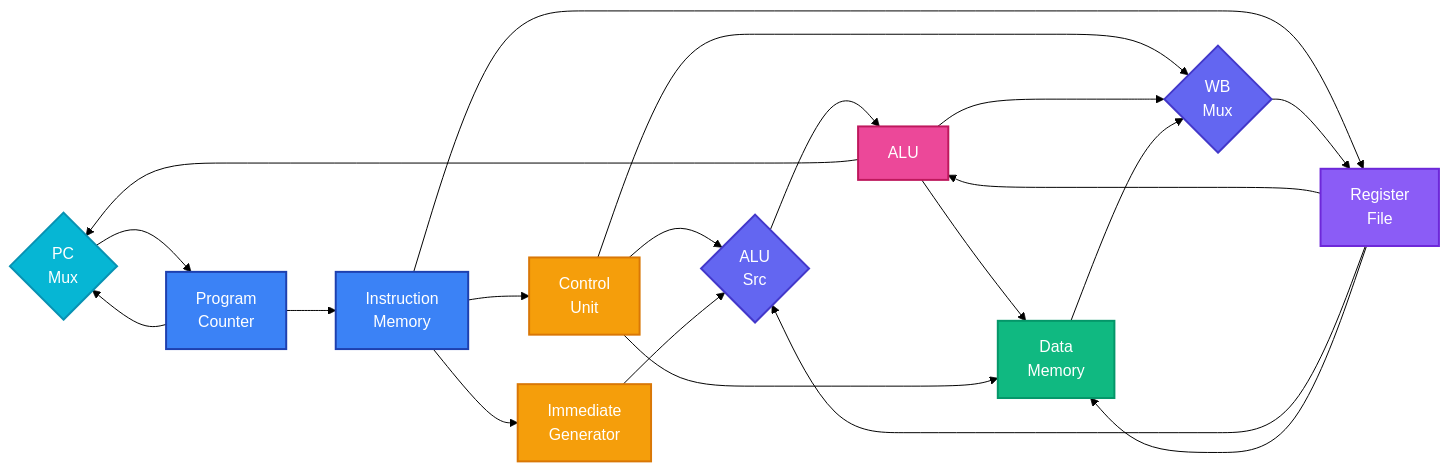
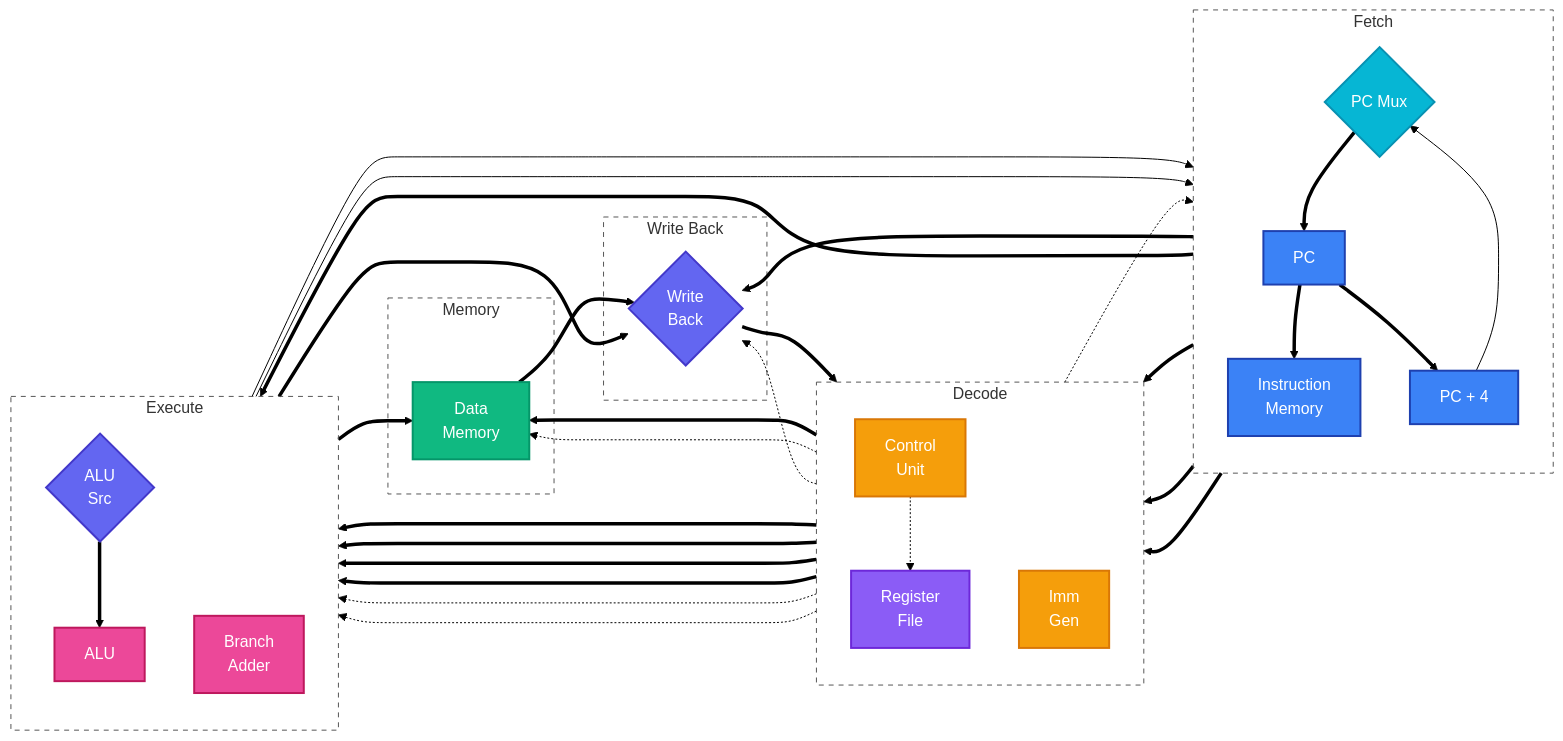
The first of 3 diagrams in README.md (cshieldsce/riscv-cpu), drawn with Mermaid (forest theme) before and after one commit. The commit also changed other lines of this file, not shown here.

Commit message:
docs: Add new diagram and update README.md for current architecture

````diff
--- a/README.md
+++ b/README.md
@@ -55,39 +9,113 @@
 ```mermaid
 graph LR
-    PCMUX{PC<br/>Mux} --> PC[Program<br/>Counter]
-    PC --> IMEM[Instruction<br/>Memory]
+    %% --- Styling Definitions ---
+    classDef stage fill:none,stroke:#555,stroke-width:1px,stroke-dasharray: 5 5
     
-    IMEM --> CTRL[Control<br/>Unit]
-    IMEM --> IMMGEN[Immediate<br/>Generator]
-    IMEM --> REGFILE[Register<br/>File]
+    %% --- STAGE: Instruction Fetch ---
+    subgraph IF [Fetch]
+        direction TB
+        PCMUX{PC Mux}
+        PC[PC]
+        IMEM[Instruction<br/>Memory]
+        PC_ADD[PC + 4]
+    end
+
+    %% --- STAGE: Decode ---
+    subgraph ID [Decode]
+        direction TB
+        CTRL[Control<br/>Unit]
+        RF[Register<br/>File]
+        IMM[Imm<br/>Gen]
+    end
+
+    %% --- STAGE: Execute ---
+    subgraph EX [Execute]
+        direction TB
+        ALU_SRC{ALU<br/>Src}
+        ALU[ALU]
+        BR_ADD[Branch<br/>Adder]
+    end
+
+    %% --- STAGE: Memory ---
+    subgraph MEM [Memory]
+        DMEM[Data<br/>Memory]
+    end
+
+    %% --- STAGE: Write Back ---
+    subgraph WB [Write Back]
+        WBMUX{Write<br/>Back}
+    end
+
+    %% ==========================================
+    %% DATA PATH CONNECTIONS (Thick Solid Lines)
+    %% ==========================================
+
+    %% Fetch Path
+    PCMUX ==> PC
+    PC ==> IMEM
+    PC ==> PC_ADD
+    PC ==> BR_ADD
+
+    %% Decode Path (Abstracting bit-slicing for clarity)
+    IMEM ==> RF
+    IMEM ==> IMM
+    IMEM ==> CTRL
+
+    %% Execute Path
+    RF ==> ALU
+    RF ==> ALU_SRC
+    IMM ==> ALU_SRC
+    IMM ==> BR_ADD
+    ALU_SRC ==> ALU
+
+    %% Memory Path
+    RF ==> DMEM
+    ALU ==> DMEM
+
+    %% Writeback Path
+    ALU ==> WBMUX
+    DMEM ==> WBMUX
+    PC_ADD ==> WBMUX
+    WBMUX ==> RF
+
+    %% PC Feedback Loops
+    PC_ADD --> PCMUX
+    BR_ADD --> PCMUX
+    ALU --> PCMUX
+
+    %% ==========================================
+    %% CONTROL SIGNALS (Thin Dotted Lines)
+    %% ==========================================
     
-    CTRL --> ALUSRC{ALU<br/>Src}
-    CTRL --> WBMUX{WB<br/>Mux}
-    
-    REGFILE --> ALU[ALU]
-    REGFILE --> ALUSRC
-    IMMGEN --> ALUSRC
-    ALUSRC --> ALU
-    
-    ALU --> DMEM[Data<br/>Memory]
-    REGFILE --> DMEM
-    CTRL --> DMEM
-    
-    ALU --> WBMUX
-    DMEM --> WBMUX
-    WBMUX --> REGFILE
-    
-    PC --> PCMUX
-    ALU --> PCMUX
+    CTRL -.-> RF
+    CTRL -.-> ALU_SRC
+    CTRL -.-> ALU
+    CTRL -.-> DMEM
+    CTRL -.-> WBMUX
+    CTRL -.-> PCMUX
+
+    %% ==========================================
+    %% COLOR STYLING
+    %% ==========================================
     
     style PCMUX fill:#06b6d4,stroke:#0891b2,stroke-width:2px,color:#fff
     style PC fill:#3b82f6,stroke:#1e40af,stroke-width:2px,color:#fff
     style IMEM fill:#3b82f6,stroke:#1e40af,stroke-width:2px,color:#fff
+    style PC_ADD fill:#3b82f6,stroke:#1e40af,stroke-width:2px,color:#fff
+    
     style CTRL fill:#f59e0b,stroke:#d97706,stroke-width:2px,color:#fff
-    style IMMGEN fill:#f59e0b,stroke:#d97706,stroke-width:2px,color:#fff
-    style REGFILE fill:#8b5cf6,stroke:#6d28d9,stroke-width:2px,color:#fff
-    style ALUSRC fill:#6366f1,stroke:#4338ca,stroke-width:2px,color:#fff
+    style IMM fill:#f59e0b,stroke:#d97706,stroke-width:2px,color:#fff
+    
+    style RF fill:#8b5cf6,stroke:#6d28d9,stroke-width:2px,color:#fff
+    
     style ALU fill:#ec4899,stroke:#be185d,stroke-width:2px,color:#fff
+    style BR_ADD fill:#ec4899,stroke:#be185d,stroke-width:2px,color:#fff
+    style ALU_SRC fill:#6366f1,stroke:#4338ca,stroke-width:2px,color:#fff
+    
     style DMEM fill:#10b981,stroke:#059669,stroke-width:2px,color:#fff
+    
     style WBMUX fill:#6366f1,stroke:#4338ca,stroke-width:2px,color:#fff
+
+    %% Apply Invisible Stage Styling
+    class IF,ID,EX,MEM,WB stage
 ```
````
